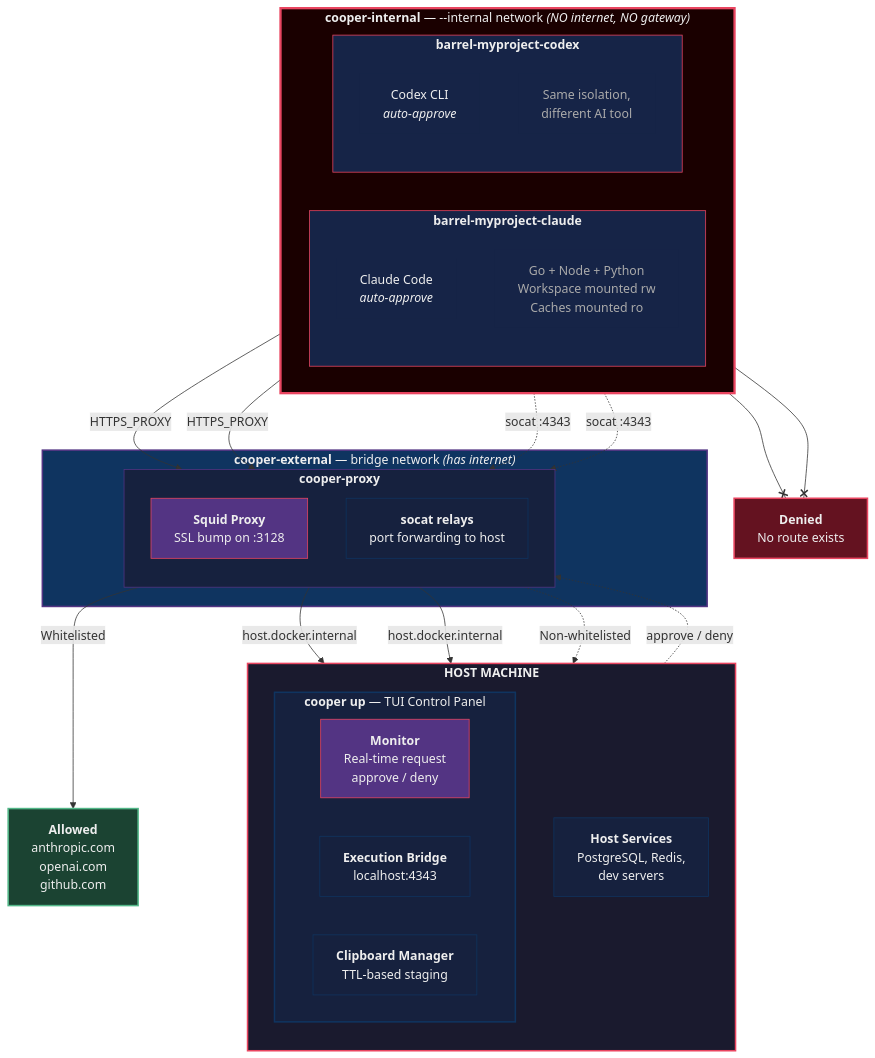
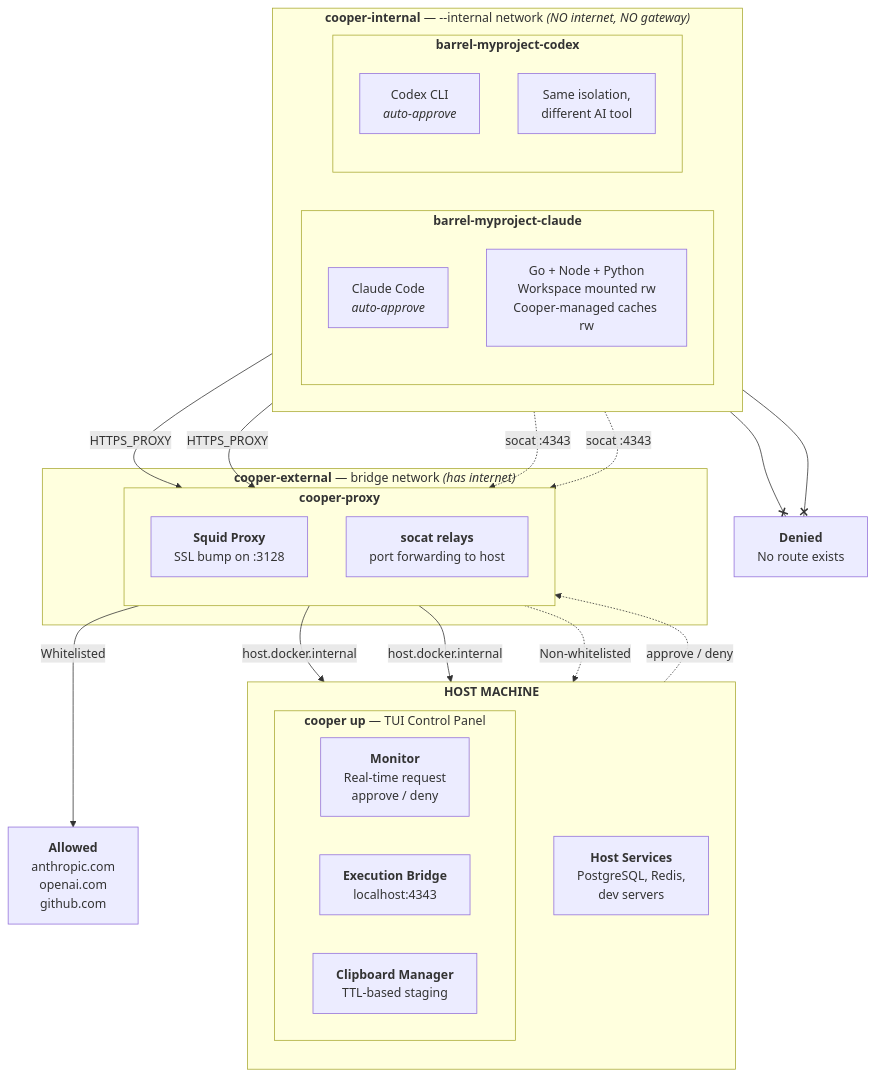
Before and after one commit to rickchristie/govner: the diagram in cooper/README.md, drawn with Mermaid. The commit also changed other lines of this file and 24 other files, not shown here.

````diff
--- a/cooper/README.md
+++ b/cooper/README.md
@@ -45,70 +45,51 @@
 ```mermaid
 flowchart TB
     subgraph host["<b>HOST MACHINE</b>"]
         direction TB
 
         subgraph tui["<b>cooper up</b> &mdash; TUI Control Panel"]
             direction LR
             monitor["<b>Monitor</b><br/>Real-time request<br/>approve / deny"]
             bridge_api["<b>Execution Bridge</b><br/>localhost:4343"]
             clipboard["<b>Clipboard Manager</b><br/>TTL-based staging"]
         end
 
         host_services["<b>Host Services</b><br/>PostgreSQL, Redis,<br/>dev servers"]
     end
 
     subgraph external["<b>cooper-external</b> &mdash; bridge network <i>(has internet)</i>"]
         subgraph proxy_box["<b>cooper-proxy</b>"]
             direction TB
             squid["<b>Squid Proxy</b><br/>SSL bump on :3128"]
             socat_proxy["<b>socat relays</b><br/>port forwarding to host"]
         end
     end
 
     subgraph internal["<b>cooper-internal</b> &mdash; --internal network <i>(NO internet, NO gateway)</i>"]
         direction LR
         subgraph barrel1["<b>barrel-myproject-claude</b>"]
             claude["Claude Code<br/><i>auto-approve</i>"]
-            tools1["Go + Node + Python<br/>Workspace mounted rw<br/>Caches mounted ro"]
+            tools1["Go + Node + Python<br/>Workspace mounted rw<br/>Cooper-managed caches rw"]
         end
         subgraph barrel2["<b>barrel-myproject-codex</b>"]
             codex["Codex CLI<br/><i>auto-approve</i>"]
             tools2["Same isolation,<br/>different AI tool"]
         end
     end
 
     allowed["<b>Allowed</b><br/>anthropic.com<br/>openai.com<br/>github.com"]
     denied["<b>Denied</b><br/>No route exists"]
 
     barrel1 -- "HTTPS_PROXY" --> squid
     barrel2 -- "HTTPS_PROXY" --> squid
     barrel1 -. "socat :4343" .-> socat_proxy
     barrel2 -. "socat :4343" .-> socat_proxy
     socat_proxy -- "host.docker.internal" --> host_services
     socat_proxy -- "host.docker.internal" --> bridge_api
     squid -- "Whitelisted" --> allowed
     squid -. "Non-whitelisted" .-> monitor
     monitor -. "approve / deny" .-> squid
     barrel1 --x denied
     barrel2 --x denied
 
-    style host fill:#1a1a2e,stroke:#e94560,stroke-width:2px,color:#eee
-    style tui fill:#16213e,stroke:#0f3460,stroke-width:2px,color:#eee
-    style external fill:#0f3460,stroke:#533483,stroke-width:2px,color:#eee
-    style internal fill:#1a0000,stroke:#e94560,stroke-width:3px,color:#eee
-    style proxy_box fill:#16213e,stroke:#533483,stroke-width:1px,color:#eee
-    style barrel1 fill:#162447,stroke:#e94560,stroke-width:1px,color:#eee
-    style barrel2 fill:#162447,stroke:#e94560,stroke-width:1px,color:#eee
-    style allowed fill:#1b4332,stroke:#52b788,stroke-width:2px,color:#eee
-    style denied fill:#641220,stroke:#e94560,stroke-width:2px,color:#eee
-    style monitor fill:#533483,stroke:#e94560,stroke-width:1px,color:#eee
-    style bridge_api fill:#16213e,stroke:#0f3460,stroke-width:1px,color:#eee
-    style clipboard fill:#16213e,stroke:#0f3460,stroke-width:1px,color:#eee
-    style host_services fill:#16213e,stroke:#0f3460,stroke-width:1px,color:#eee
-    style squid fill:#533483,stroke:#e94560,stroke-width:1px,color:#eee
-    style socat_proxy fill:#16213e,stroke:#0f3460,stroke-width:1px,color:#eee
-    style claude fill:#162447,stroke:none,color:#eee
-    style tools1 fill:#162447,stroke:none,color:#aaa
-    style codex fill:#162447,stroke:none,color:#eee
-    style tools2 fill:#162447,stroke:none,color:#aaa
 ```
````
